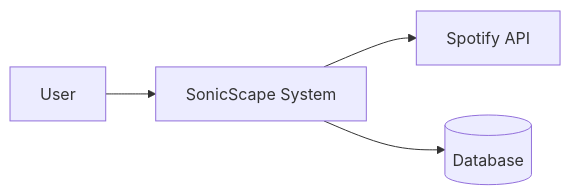
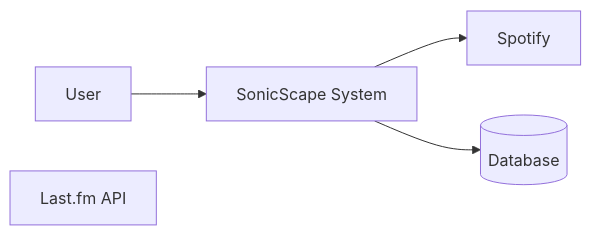
One commit to vibhorbh/CPSC490-G17-SonicScape changed the diagram in docs/design/system_context.md. Above: the diagram before and after it, drawn with Mermaid. The commit also changed other lines of this file, not shown here.

````diff
--- a/docs/design/system_context.md
+++ b/docs/design/system_context.md
@@ -6,11 +6,11 @@
 ```mermaid
 graph LR
     User[User]
     SonicScape[SonicScape System]
-    Spotify[Spotify API]
+    Last.fm[Last.fm API]
     Database[(Database)]
 
     User --> SonicScape
     SonicScape --> Spotify
     SonicScape --> Database
 ```
````
